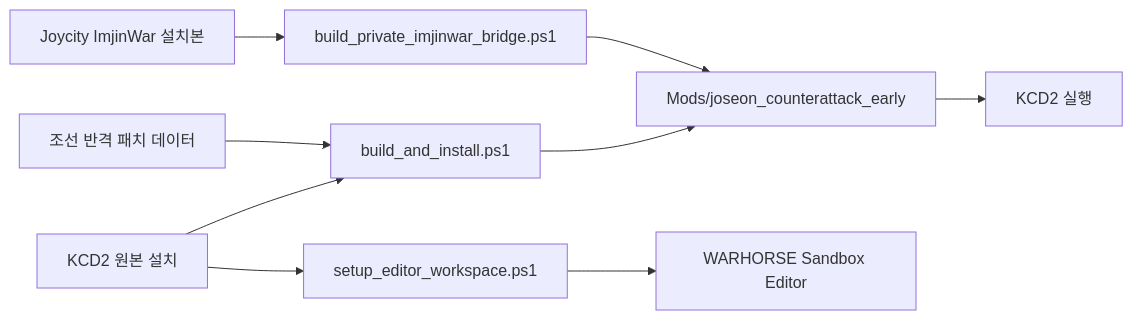
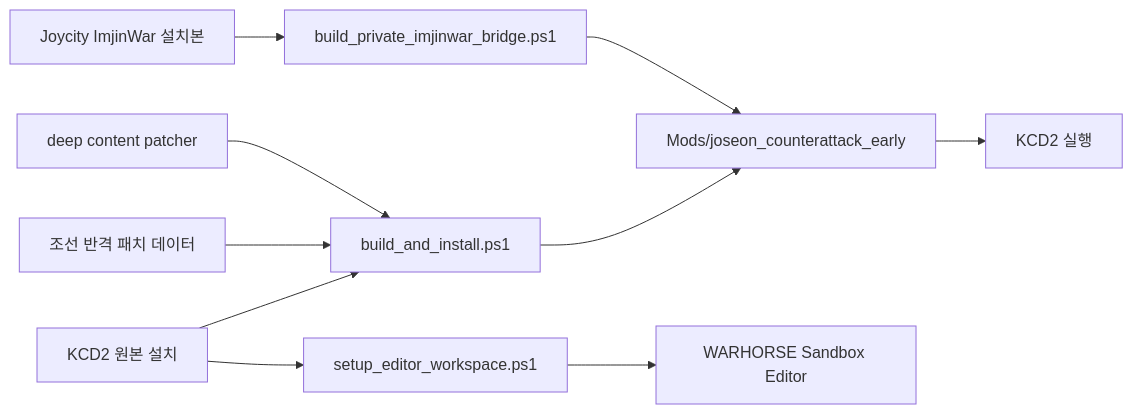
The diagram in imjin-war-joseon-counterattack-story-lab/README.md (sinmb79/kcd2-joseon-counterattack-mod), drawn with Mermaid before and after one commit. The commit also changed other lines of this file and 6 other files, not shown here.

Commit message:
Add deep KCD2 Joseon content patch

````diff
--- a/imjin-war-joseon-counterattack-story-lab/README.md
+++ b/imjin-war-joseon-counterattack-story-lab/README.md
@@ -55,11 +57,12 @@
 ```mermaid
 flowchart LR
   A["KCD2 원본 설치"] --> B["build_and_install.ps1"]
   C["조선 반격 패치 데이터"] --> B
+  J["deep content patcher"] --> B
   B --> D["Mods/joseon_counterattack_early"]
   D --> E["KCD2 실행"]
   A --> F["setup_editor_workspace.ps1"]
   F --> G["WARHORSE Sandbox Editor"]
   H["Joycity ImjinWar 설치본"] --> I["build_private_imjinwar_bridge.ps1"]
   I --> D
 ```
````
